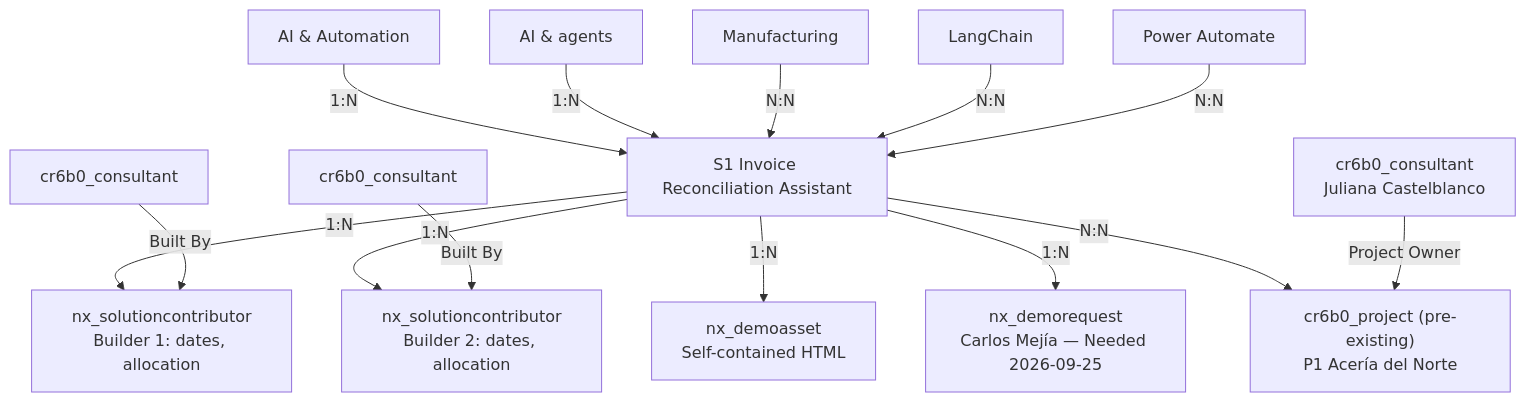
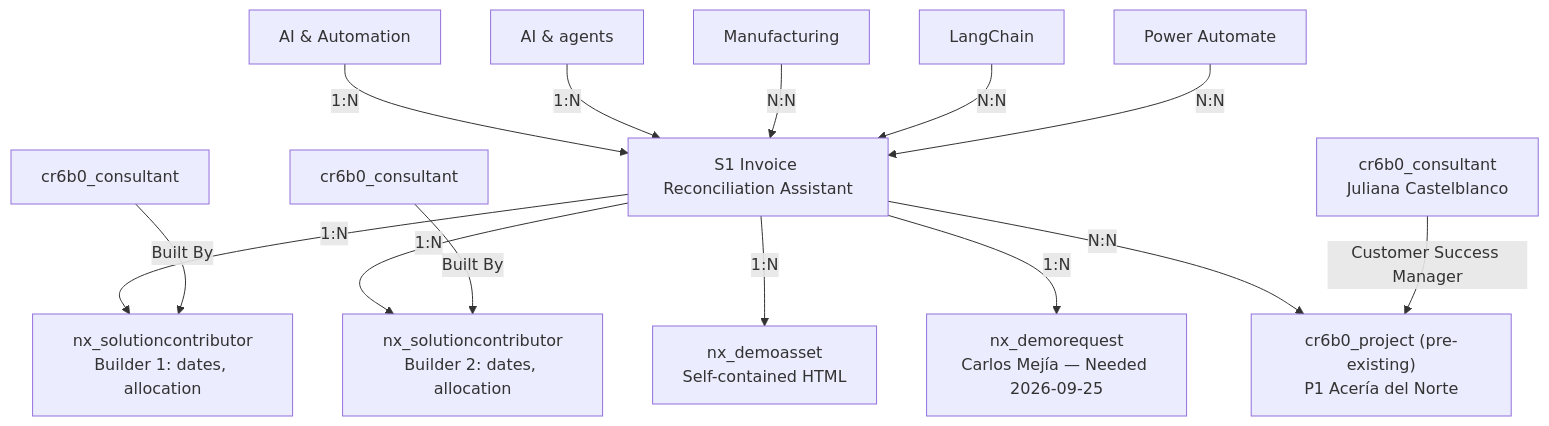
One commit to lpreciado-nextant/PRISMA changed the third of 3 diagrams in docs/data_model/SchemaV2.md. Above: the diagram before and after it, drawn with Mermaid. The commit also changed other lines of this file and 1 other file, not shown here.

First line of the commit message:
docs: annotate SchemaV2 with live Dataverse logical names and types

````diff
--- a/docs/data_model/SchemaV2.md
+++ b/docs/data_model/SchemaV2.md
@@ -475,19 +547,19 @@
 ```mermaid
 graph TD
     S1["S1 Invoice Reconciliation Assistant"]
 
     SA1[AI & Automation] -- 1:N --> S1
     CAP1[AI & agents] -- 1:N --> S1
     IND1[Manufacturing] -- N:N --> S1
     TECH1[LangChain] -- N:N --> S1
     TECH2[Power Automate] -- N:N --> S1
 
     S1 -- 1:N --> SC1["nx_solutioncontributor<br/>Builder 1: dates, allocation"]
     S1 -- 1:N --> SC2["nx_solutioncontributor<br/>Builder 2: dates, allocation"]
     Builder1[cr6b0_consultant] -- "Built By" --> SC1
     Builder2[cr6b0_consultant] -- "Built By" --> SC2
     S1 -- 1:N --> DA1["nx_demoasset<br/>Self-contained HTML"]
     S1 -- 1:N --> DR1["nx_demorequest<br/>Carlos Mejía — Needed 2026-09-25"]
     S1 -- N:N --> P1["cr6b0_project (pre-existing)<br/>P1 Acería del Norte"]
-    Owner["cr6b0_consultant<br/>Juliana Castelblanco"] -- "Project Owner" --> P1
+    Owner["cr6b0_consultant<br/>Juliana Castelblanco"] -- "Customer Success Manager" --> P1
 ```
````
